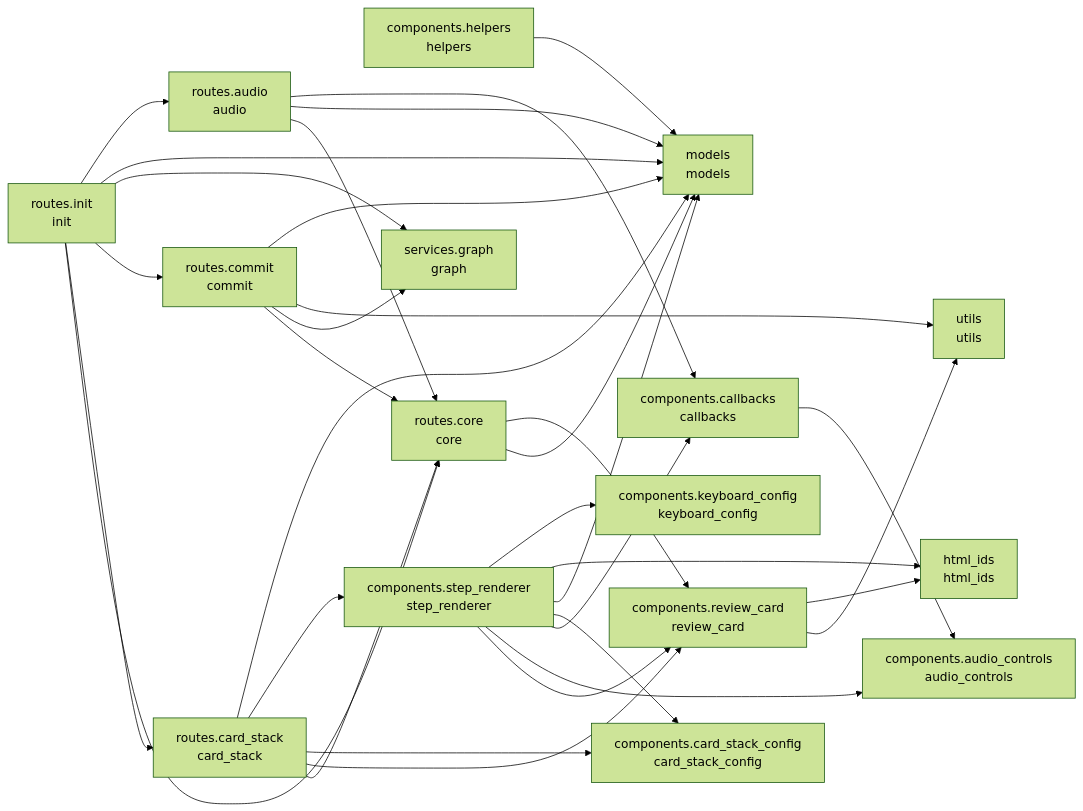
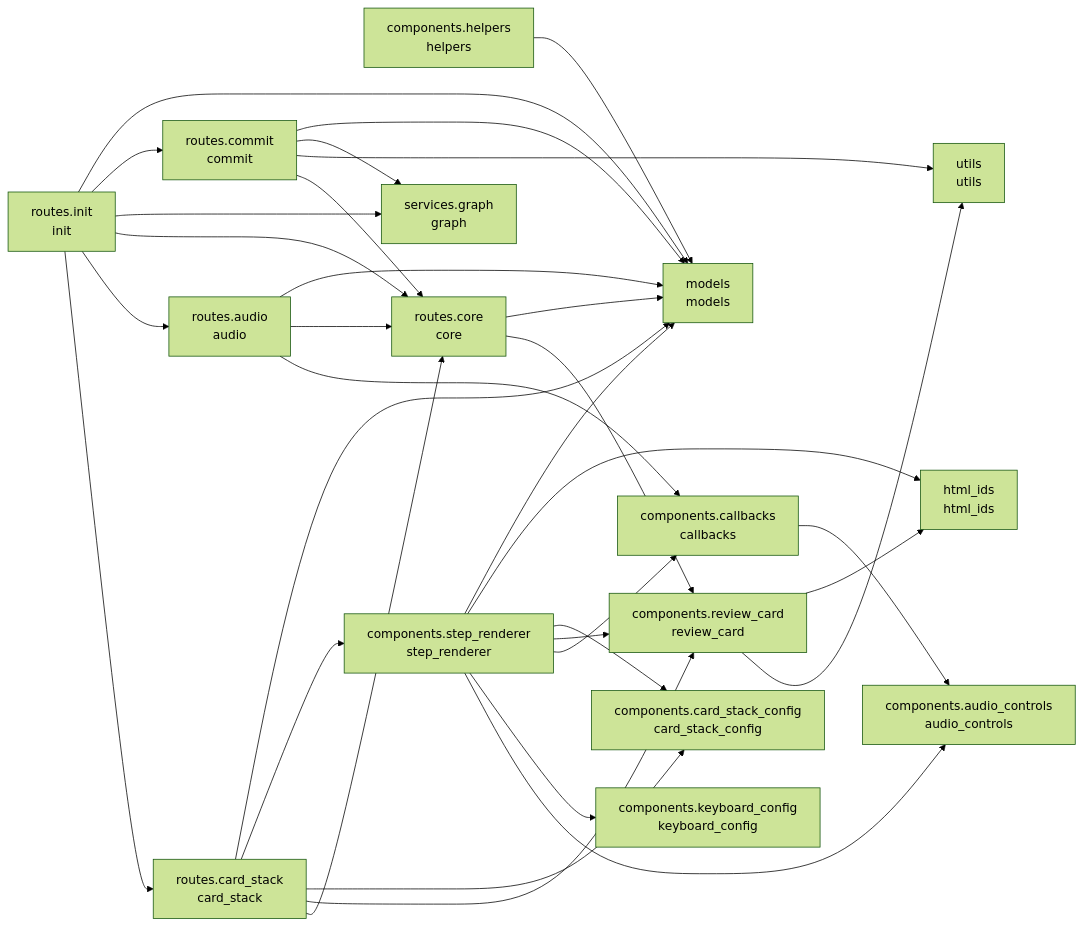
Before and after one commit to cj-mills/cjm-transcript-review: the diagram in README.md, drawn with Mermaid (forest theme). The commit also changed other lines of this file and 2 other files, not shown here.

Commit message:
Pin bumps for G4 keyboard-hints modal — keyboard-navigation 0.0.22 + python-fasthtml 0.13.4 (G4 D6).

````diff
--- a/README.md
+++ b/README.md
@@ -39,51 +39,51 @@
 ``` mermaid
 graph LR
     components_audio_controls[components.audio_controls<br/>audio_controls]
     components_callbacks[components.callbacks<br/>callbacks]
     components_card_stack_config[components.card_stack_config<br/>card_stack_config]
     components_helpers[components.helpers<br/>helpers]
     components_keyboard_config[components.keyboard_config<br/>keyboard_config]
     components_review_card[components.review_card<br/>review_card]
     components_step_renderer[components.step_renderer<br/>step_renderer]
     html_ids[html_ids<br/>html_ids]
     models[models<br/>models]
     routes_audio[routes.audio<br/>audio]
     routes_card_stack[routes.card_stack<br/>card_stack]
     routes_commit[routes.commit<br/>commit]
     routes_core[routes.core<br/>core]
     routes_init[routes.init<br/>init]
     services_graph[services.graph<br/>graph]
     utils[utils<br/>utils]
 
     components_callbacks --> components_audio_controls
     components_helpers --> models
     components_review_card --> utils
     components_review_card --> html_ids
+    components_step_renderer --> components_audio_controls
+    components_step_renderer --> components_keyboard_config
+    components_step_renderer --> components_callbacks
     components_step_renderer --> components_review_card
-    components_step_renderer --> components_audio_controls
-    components_step_renderer --> components_callbacks
     components_step_renderer --> components_card_stack_config
+    components_step_renderer --> html_ids
     components_step_renderer --> models
-    components_step_renderer --> html_ids
-    components_step_renderer --> components_keyboard_config
+    routes_audio --> components_callbacks
     routes_audio --> routes_core
     routes_audio --> models
-    routes_audio --> components_callbacks
     routes_card_stack --> routes_core
     routes_card_stack --> components_review_card
     routes_card_stack --> components_card_stack_config
     routes_card_stack --> components_step_renderer
     routes_card_stack --> models
     routes_commit --> routes_core
+    routes_commit --> utils
     routes_commit --> services_graph
-    routes_commit --> utils
     routes_commit --> models
+    routes_core --> components_review_card
     routes_core --> models
-    routes_core --> components_review_card
+    routes_init --> routes_card_stack
+    routes_init --> routes_audio
     routes_init --> routes_core
-    routes_init --> routes_card_stack
+    routes_init --> services_graph
     routes_init --> routes_commit
-    routes_init --> services_graph
     routes_init --> models
-    routes_init --> routes_audio
 ```
````
